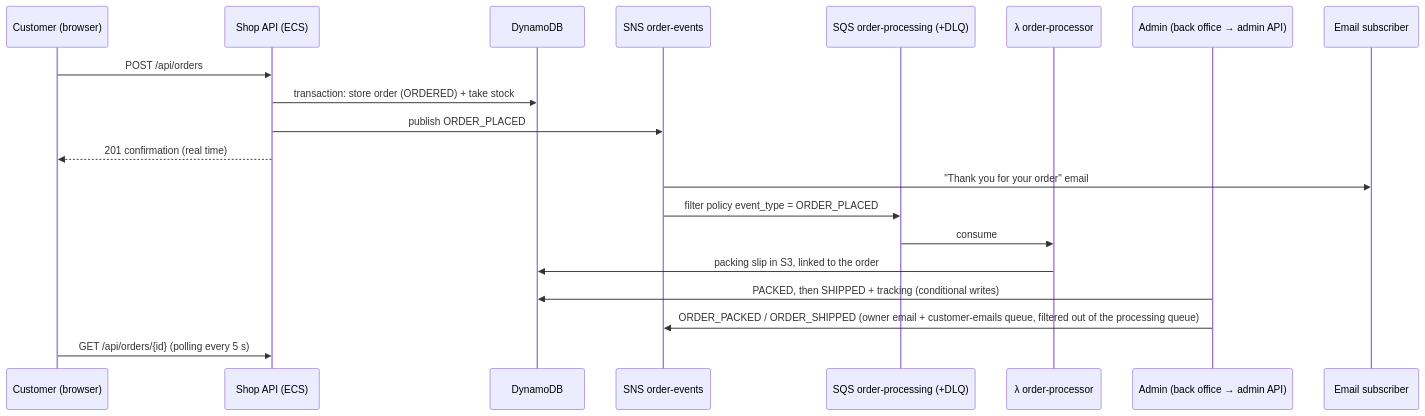
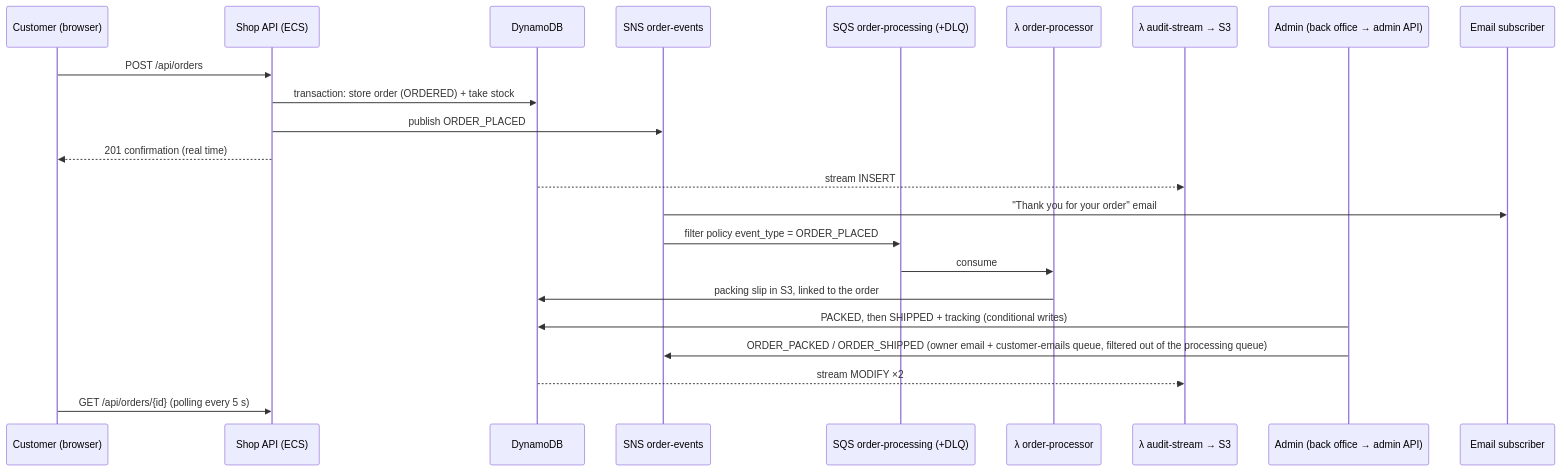
The second of 2 diagrams in README.md (TrioGrenobleImt/AWS-victor-arnaud-cedric), drawn with Mermaid before and after one commit. The commit also changed other lines of this file and 10 other files, not shown here.

First line of the commit message:
Restore the order audit trail (DynamoDB Stream -> Lambda -> S3)

````diff
--- a/README.md
+++ b/README.md
@@ -134,23 +136,26 @@
 ```mermaid
 sequenceDiagram
     participant C as Customer (browser)
     participant API as Shop API (ECS)
     participant DB as DynamoDB
     participant SNS as SNS order-events
     participant Q as SQS order-processing (+DLQ)
     participant W as λ order-processor
+    participant A as λ audit-stream → S3
     participant B as Admin (back office → admin API)
     participant M as Email subscriber
 
     C->>API: POST /api/orders
     API->>DB: transaction: store order (ORDERED) + take stock
     API->>SNS: publish ORDER_PLACED
     API-->>C: 201 confirmation (real time)
+    DB-->>A: stream INSERT
     SNS->>M: "Thank you for your order" email
     SNS->>Q: filter policy event_type = ORDER_PLACED
     Q->>W: consume
     W->>DB: packing slip in S3, linked to the order
     B->>DB: PACKED, then SHIPPED + tracking (conditional writes)
     B->>SNS: ORDER_PACKED / ORDER_SHIPPED (owner email + customer-emails queue, filtered out of the processing queue)
+    DB-->>A: stream MODIFY ×2
     C->>API: GET /api/orders/{id} (polling every 5 s)
 ```
````
